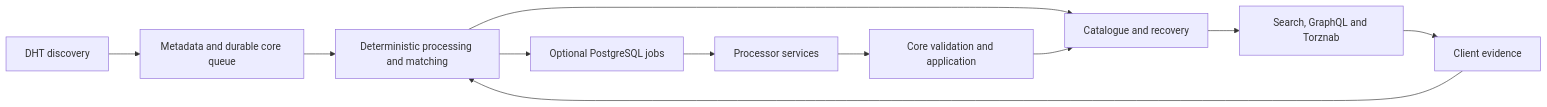
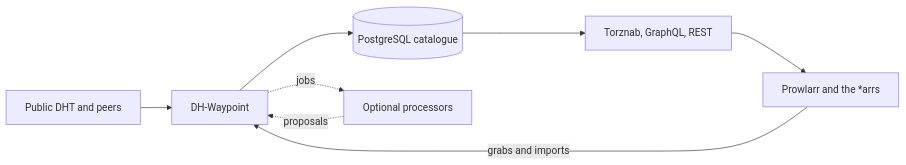
Before and after one commit to spencernorton/DH-Waypoint: the diagram in README.md, drawn with Mermaid. The commit also changed other lines of this file and 5 other files, not shown here.

````diff
--- a/README.md
+++ b/README.md
@@ -13,13 +17,10 @@
 ```mermaid
 flowchart LR
-    DHT[DHT discovery] --> Metadata[Metadata and durable core queue]
-    Metadata --> Core[Deterministic processing and matching]
-    Core --> Catalogue[Catalogue and recovery]
-    Catalogue --> APIs[Search, GraphQL and Torznab]
-    Core --> Jobs[Optional PostgreSQL jobs]
-    Jobs --> Services[Processor services]
-    Services --> Validation[Core validation and application]
-    Validation --> Catalogue
-    APIs --> Evidence[Client evidence]
-    Evidence --> Core
+    DHT[Public DHT and peers] --> Core[DH-Waypoint]
+    Core --> DB[(PostgreSQL catalogue)]
+    DB --> APIs[Torznab, GraphQL, REST]
+    APIs --> Arr["Prowlarr and the *arrs"]
+    Arr -- grabs and imports --> Core
+    Core -. jobs .-> Proc[Optional processors]
+    Proc -. proposals .-> Core
 ```
````
